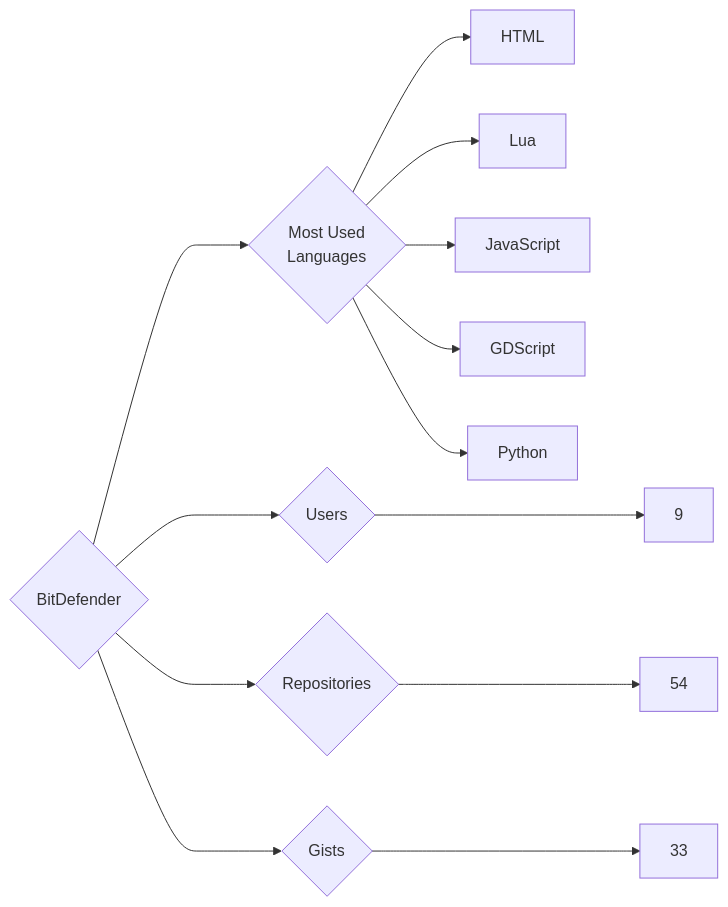
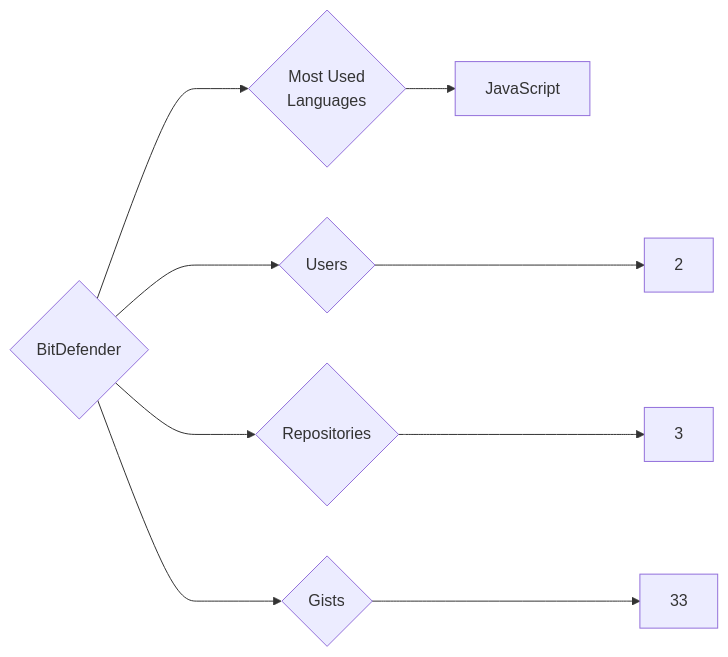
The diagram in targets/BitDefender/README.md (trickest/insiders), drawn with Mermaid before and after one commit. The commit also changed 847 other files, not shown here.

````diff
--- a/targets/BitDefender/README.md
+++ b/targets/BitDefender/README.md
@@ -3,13 +3,9 @@
 ```mermaid
 graph LR
 COMPANY_NAME{BitDefender}
-COMPANY_NAME ---> U{Users} ---> UN[9]
-COMPANY_NAME ---> R{Repositories} ---> RN[54]
+COMPANY_NAME ---> U{Users} ---> UN[2]
+COMPANY_NAME ---> R{Repositories} ---> RN[3]
 COMPANY_NAME ---> G{Gists} ---> GN[33]
 COMPANY_NAME ---> ML{Most Used<br>Languages}
-ML --> HTML[HTML]
-ML --> Lua[Lua]
 ML --> JavaScript[JavaScript]
-ML --> GDScript[GDScript]
-ML --> Python[Python]
 ```
````
